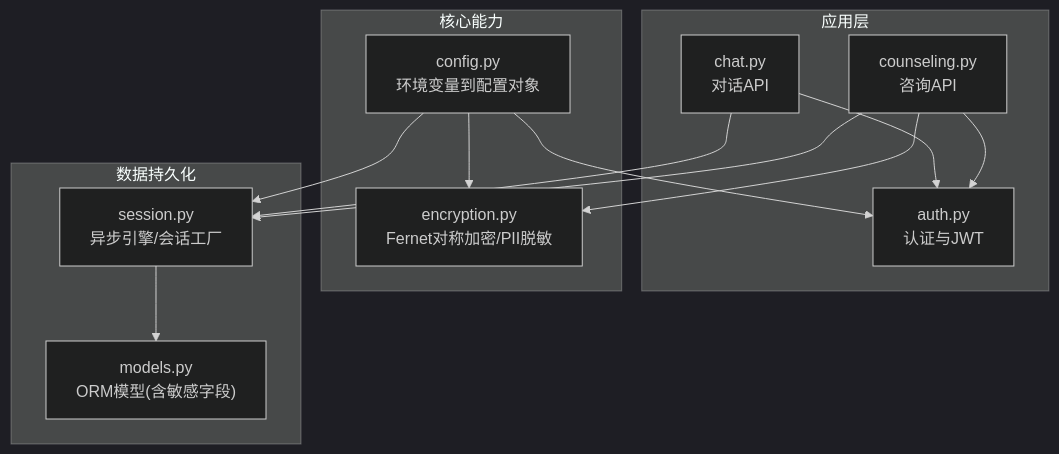
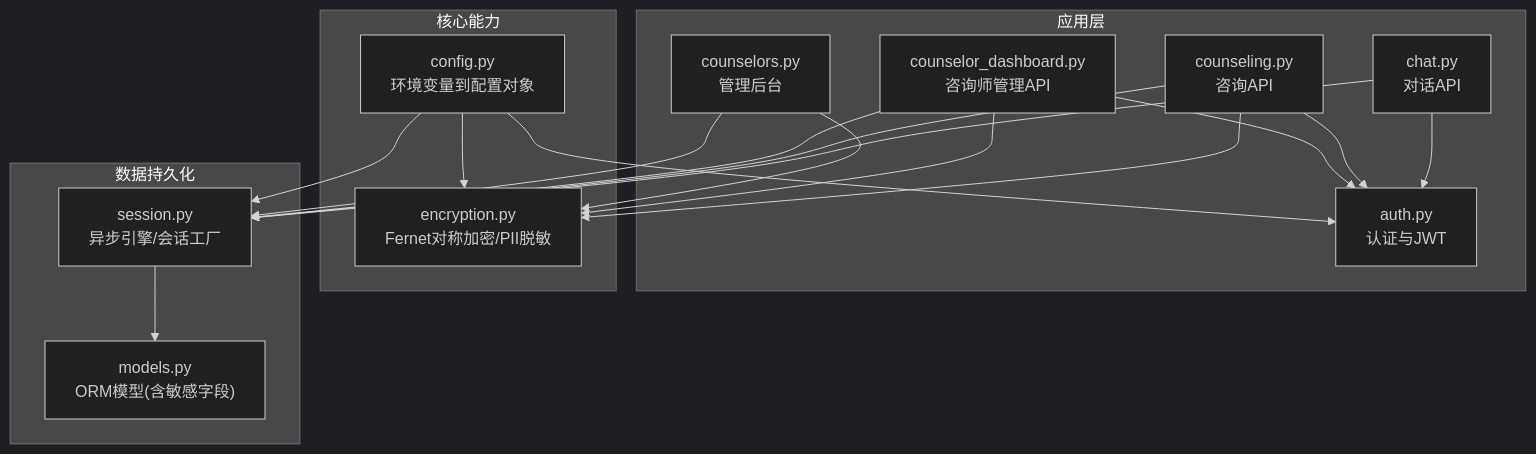
The first of 5 diagrams in .qoder/repowiki/zh/content/安全与防护/数据安全与加密.md (peace-lab-global/hush.ai), drawn with Mermaid (dark theme) before and after one commit. The commit also changed other lines of this file and 92 other files, not shown here.

````diff
--- a/.qoder/repowiki/zh/content/安全与防护/数据安全与加密.md
+++ b/.qoder/repowiki/zh/content/安全与防护/数据安全与加密.md
@@ -45,25 +56,32 @@
 ```mermaid
 graph TB
 subgraph "应用层"
 A_chat["chat.py<br/>对话API"]
 A_counseling["counseling.py<br/>咨询API"]
 A_auth["auth.py<br/>认证与JWT"]
+A_counselor_dash["counselor_dashboard.py<br/>咨询师管理API"]
+A_admin["counselors.py<br/>管理后台"]
 end
 subgraph "核心能力"
 C_enc["encryption.py<br/>Fernet对称加密/PII脱敏"]
 C_cfg["config.py<br/>环境变量到配置对象"]
 end
 subgraph "数据持久化"
 D_session["session.py<br/>异步引擎/会话工厂"]
 D_models["models.py<br/>ORM模型(含敏感字段)"]
 end
 A_chat --> A_auth
 A_counseling --> A_auth
 A_counseling --> C_enc
+A_counselor_dash --> A_auth
+A_counselor_dash --> C_enc
+A_admin --> C_enc
 A_chat --> D_session
 A_counseling --> D_session
+A_counselor_dash --> D_session
+A_admin --> D_session
 D_session --> D_models
 C_cfg --> D_session
 C_cfg --> A_auth
 C_cfg --> C_enc
 ```
````
